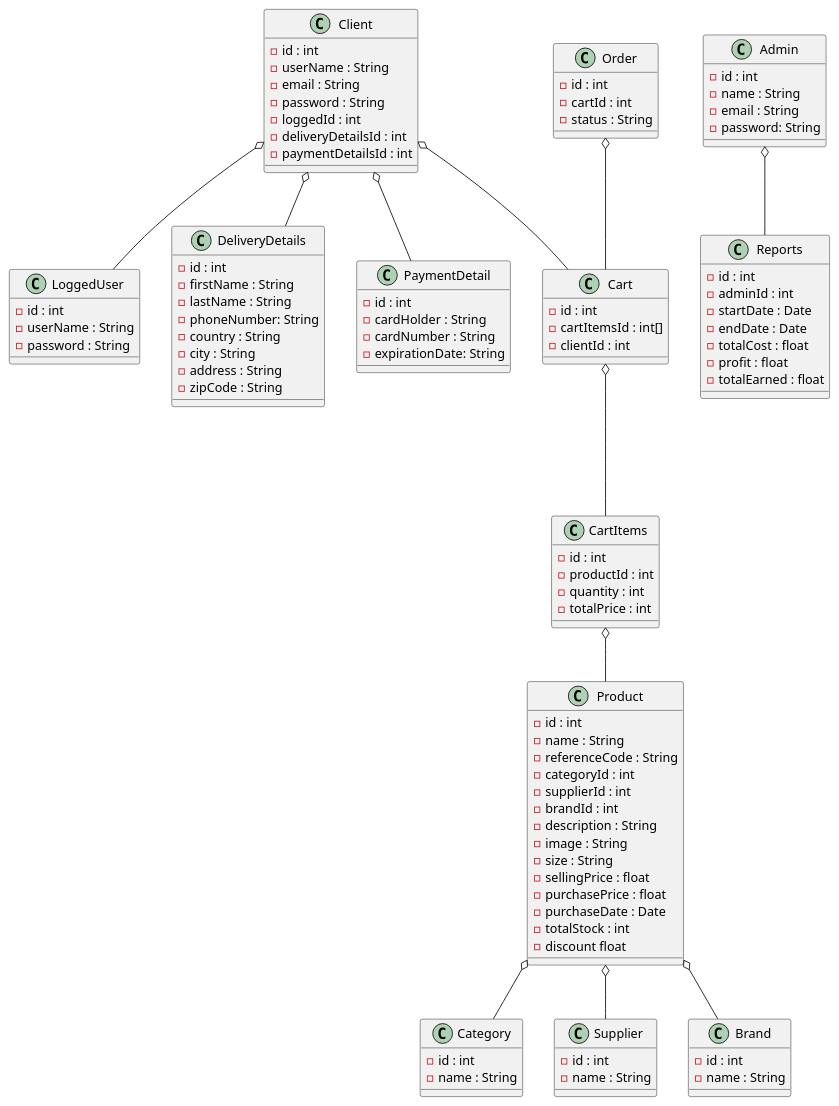
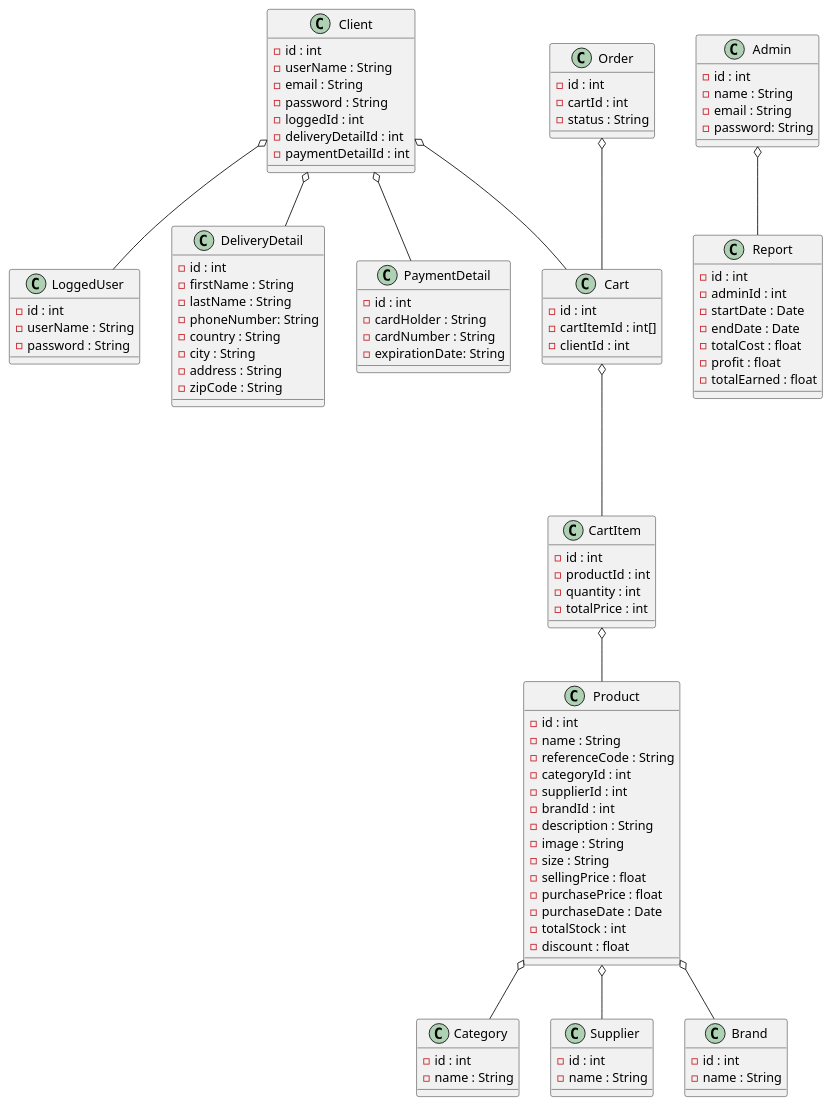
The diagram in sneakersStore/store.puml (MihaelaNaidin040696/el-proyecte-grande-store), drawn with PlantUML before and after one commit. The commit also changed 13 other files, not shown here.

```diff
--- a/sneakersStore/store.puml
+++ b/sneakersStore/store.puml
@@ -1,126 +1,123 @@
 @startuml
 
 class LoggedUser{
 - id : int
 - userName : String
 - password : String
 }
 
 class Admin {
 - id : int
 - name : String
 - email : String
 - password: String
 }
 
 class Product {
 - id : int
 - name : String
 - referenceCode : String
 - categoryId : int
 - supplierId : int
 - brandId : int
 - description : String
 - image : String
 - size : String
 - sellingPrice : float
 - purchasePrice : float
 - purchaseDate : Date
 - totalStock : int
-- discount float
+- discount : float
 }
 
 
-class Reports {
+class Report {
 - id : int
 - adminId : int
 - startDate : Date
 - endDate : Date
 - totalCost : float
 - profit : float
 - totalEarned : float
-
 }
 
 class Category {
 - id : int
 - name : String
 }
 
 class Supplier{
 - id : int
 - name : String
-
 }
-
 
 class Client {
 - id : int
 - userName : String
 - email : String
 - password : String
 - loggedId : int
-- deliveryDetailsId : int
-- paymentDetailsId : int
+- deliveryDetailId : int
+- paymentDetailId : int
 }
 
-class CartItems {
+class CartItem {
 - id : int
 - productId : int
 - quantity : int
 - totalPrice : int
 }
 
-class DeliveryDetails{
+class DeliveryDetail{
 - id : int
 - firstName : String
 - lastName : String
 - phoneNumber: String
 - country : String
 - city : String
 - address : String
 - zipCode : String
 }
 
 class Cart {
 - id : int
-- cartItemsId : int[]
+- cartItemId : int[]
 - clientId : int
 }
 
 class PaymentDetail{
 - id : int
 - cardHolder : String
 - cardNumber : String
 - expirationDate: String
 }
 
 class Brand{
 - id : int
 - name : String
 }
 
 class Order{
 - id : int
 - cartId : int
 - status : String
 }
 
 Client o-- LoggedUser
-Client o-- DeliveryDetails
+Client o-- DeliveryDetail
 Client o-- PaymentDetail
 Client o-- Cart
 
 Product o-- Category
 Product o-- Supplier
 Product o-- Brand
 
-CartItems o-- Product
+CartItem o-- Product
 
-Cart o--- CartItems
+Cart o--- CartItem
 
 Order o-- Cart
 
-Admin o-- Reports
+Admin o-- Report
 
 @enduml
```
